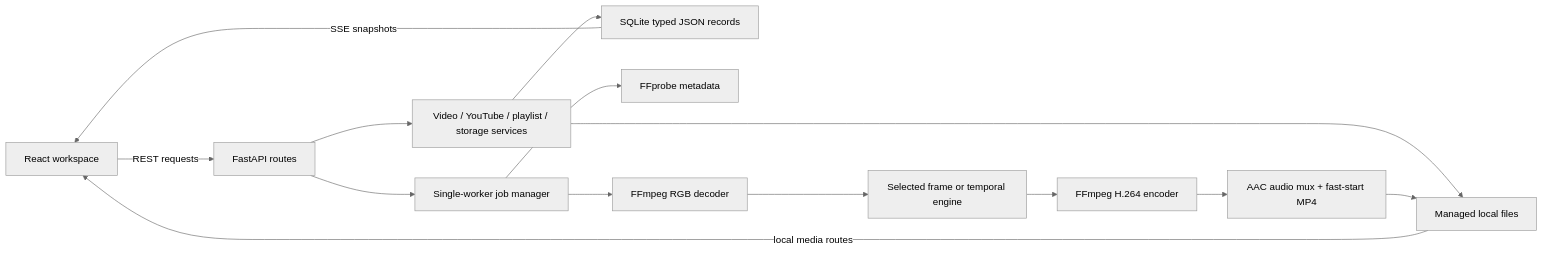
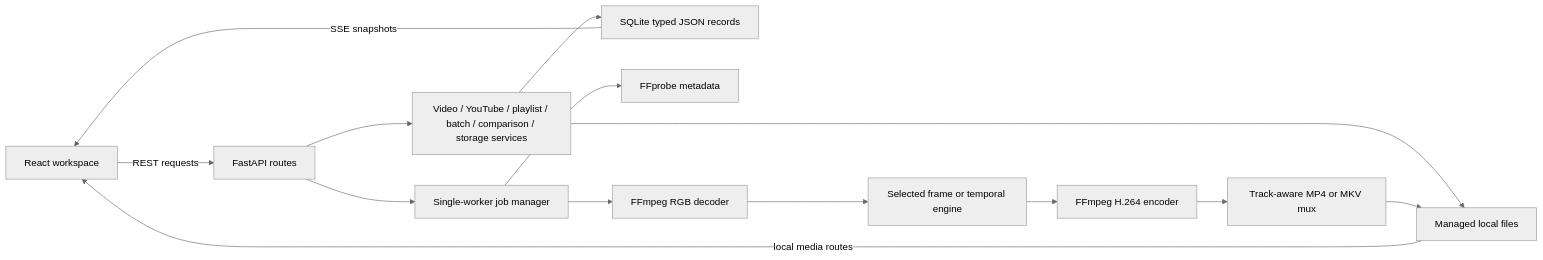
One commit to ravi0531rp/OhIc changed the diagram in DEVELOPER_README.md. Above: the diagram before and after it, drawn with Mermaid (neutral theme). The commit also changed other lines of this file and 51 other files, not shown here.

````diff
--- a/DEVELOPER_README.md
+++ b/DEVELOPER_README.md
@@ -401,16 +452,16 @@
 ```mermaid
 flowchart LR
   UI["React workspace"] -->|"REST requests"| API["FastAPI routes"]
-  API --> Services["Video / YouTube / playlist / storage services"]
+  API --> Services["Video / YouTube / playlist / batch / comparison / storage services"]
   Services --> DB["SQLite typed JSON records"]
   Services --> FS["Managed local files"]
   API --> Jobs["Single-worker job manager"]
   Jobs --> Probe["FFprobe metadata"]
   Jobs --> Decode["FFmpeg RGB decoder"]
   Decode --> AI["Selected frame or temporal engine"]
   AI --> Encode["FFmpeg H.264 encoder"]
-  Encode --> Mux["AAC audio mux + fast-start MP4"]
+  Encode --> Mux["Track-aware MP4 or MKV mux"]
   Mux --> FS
   DB -->|"SSE snapshots"| UI
   FS -->|"local media routes"| UI
 ```
````
